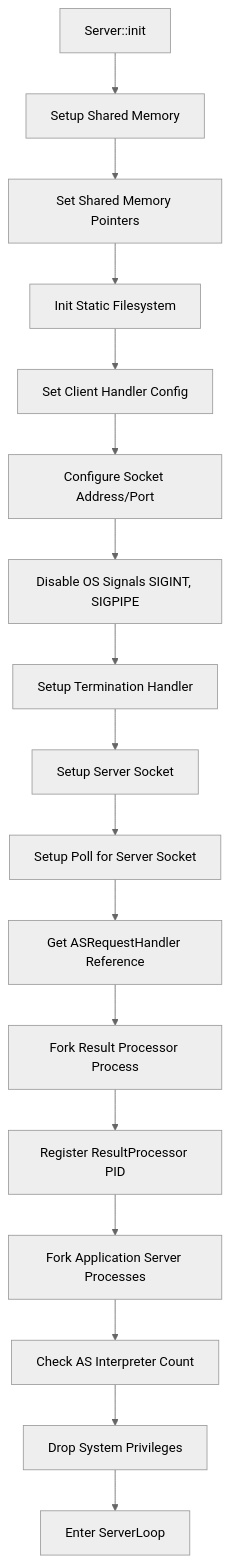
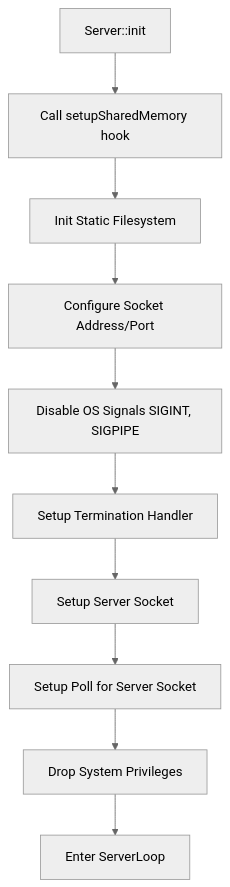
The sixth of 11 diagrams in doc/Graphical-Workflows.rst (WEBcodeX1/http-1.2), drawn with Mermaid (neutral theme) before and after one commit. The commit also changed other lines of this file and 22 other files, not shown here.

Commit message:
Refresh docs for current architecture

```diff
--- a/doc/Graphical-Workflows.rst
+++ b/doc/Graphical-Workflows.rst
@@ -129,19 +95,12 @@
 .. mermaid::
 
     flowchart TD;
-    A[Server::init] --> B[Setup Shared Memory];
-    B --> C[Set Shared Memory Pointers];
-    C --> D[Init Static Filesystem];
-    D --> E[Set Client Handler Config];
-    E --> F[Configure Socket Address/Port];
-    F --> G[Disable OS Signals SIGINT, SIGPIPE];
-    G --> H[Setup Termination Handler];
-    H --> I[Setup Server Socket];
-    I --> J[Setup Poll for Server Socket];
-    J --> K[Get ASRequestHandler Reference];
-    K --> L[Fork Result Processor Process];
-    L --> M[Register ResultProcessor PID];
-    M --> N[Fork Application Server Processes];
-    N --> O[Check AS Interpreter Count];
-    O --> P[Drop System Privileges];
-    P --> Q[Enter ServerLoop];
+    A[Server::init] --> B[Call setupSharedMemory hook];
+    B --> C[Init Static Filesystem];
+    C --> D[Configure Socket Address/Port];
+    D --> E[Disable OS Signals SIGINT, SIGPIPE];
+    E --> F[Setup Termination Handler];
+    F --> G[Setup Server Socket];
+    G --> H[Setup Poll for Server Socket];
+    H --> I[Drop System Privileges];
+    I --> J[Enter ServerLoop];
```
